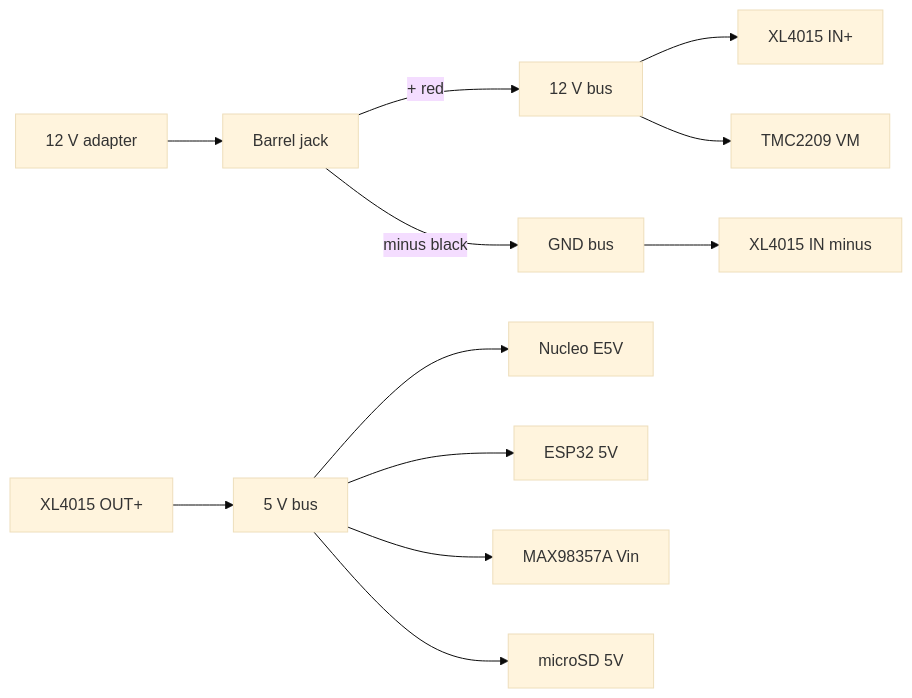
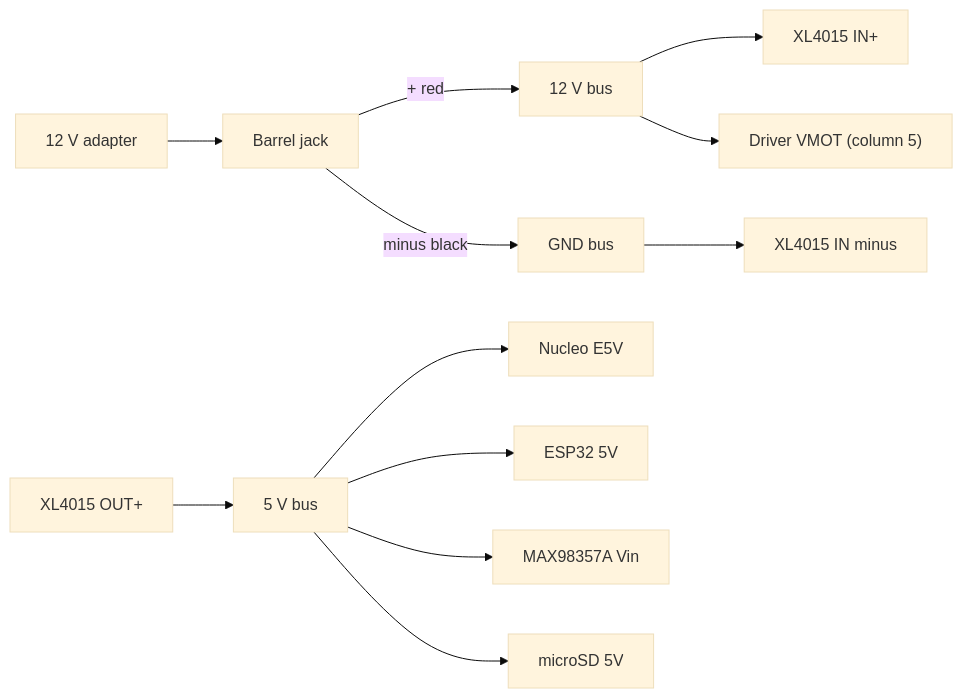
One commit to sourcandy101/kibbly changed the first of 3 diagrams in hardware/04_wiring_list.md. Above: the diagram before and after it, drawn with Mermaid (base theme). The commit also changed other lines of this file and 13 other files, not shown here.

First line of the commit message:
Add circuit 5 (ESP32-CAM link) and update the architecture to the real parts

````diff
--- a/hardware/04_wiring_list.md
+++ b/hardware/04_wiring_list.md
@@ -88,14 +88,14 @@
 ```mermaid
 flowchart LR
     AD["12 V adapter"] --> J["Barrel jack"]
     J -->|"+ red"| B12["12 V bus"]
     J -->|"minus black"| G["GND bus"]
     B12 --> XIN["XL4015 IN+"]
     G --> XGN["XL4015 IN minus"]
     XOUT["XL4015 OUT+"] --> B5["5 V bus"]
     B5 --> E5V["Nucleo E5V"]
     B5 --> ESP5["ESP32 5V"]
     B5 --> AMP5["MAX98357A Vin"]
     B5 --> SD5["microSD 5V"]
-    B12 --> VM["TMC2209 VM"]
+    B12 --> VM["Driver VMOT (column 5)"]
 ```
````
